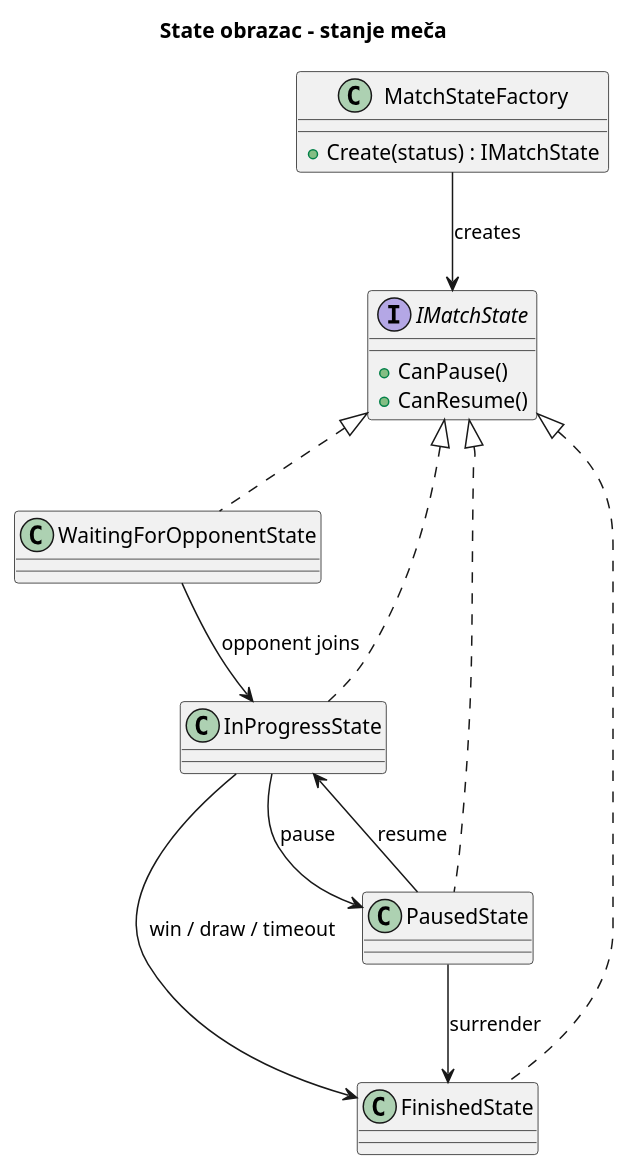
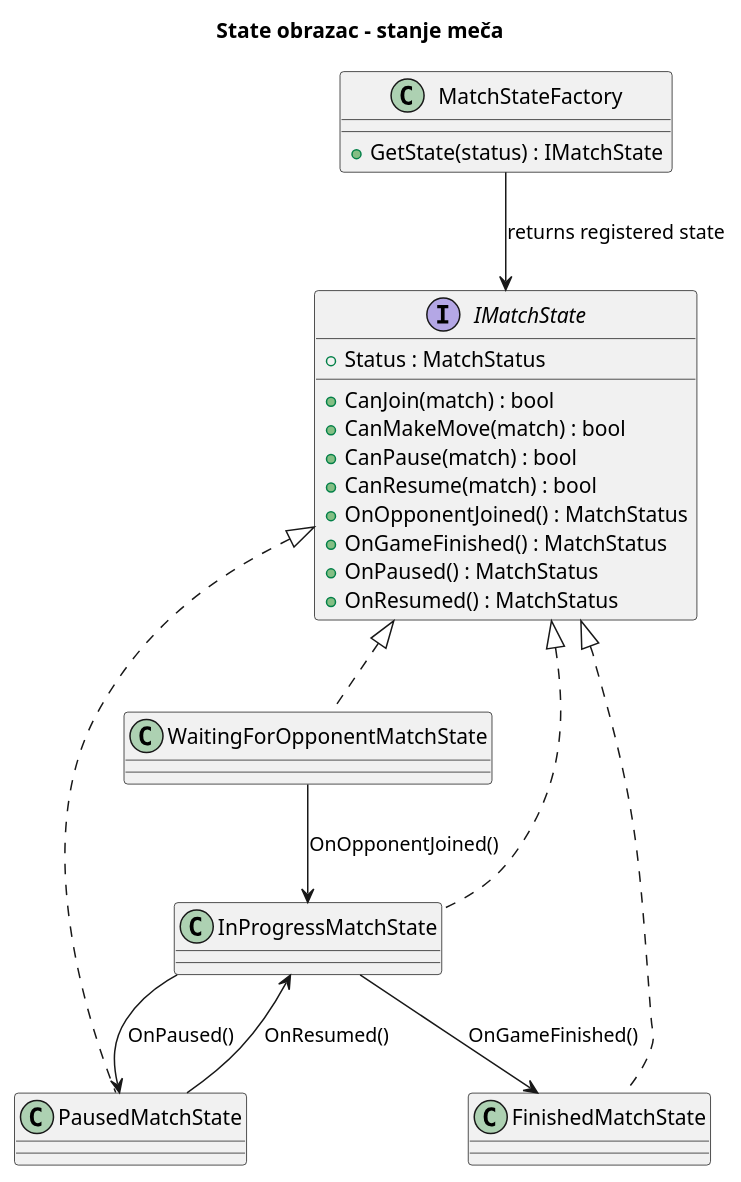
Before and after one commit to VeljkoS01/IksOks: the diagram in docs/uml/state.puml, drawn with PlantUML. The commit also changed 5 other files, not shown here.

```diff
--- a/docs/uml/state.puml
+++ b/docs/uml/state.puml
@@ -1,32 +1,38 @@
 @startuml
 
 title State obrazac - stanje meča
 
 interface IMatchState {
-    + CanPause()
-    + CanResume()
+    + Status : MatchStatus
+    + CanJoin(match) : bool
+    + CanMakeMove(match) : bool
+    + CanPause(match) : bool
+    + CanResume(match) : bool
+    + OnOpponentJoined() : MatchStatus
+    + OnGameFinished() : MatchStatus
+    + OnPaused() : MatchStatus
+    + OnResumed() : MatchStatus
 }
 
-class WaitingForOpponentState
-class InProgressState
-class PausedState
-class FinishedState
+class WaitingForOpponentMatchState
+class InProgressMatchState
+class PausedMatchState
+class FinishedMatchState
 
 class MatchStateFactory {
-    + Create(status) : IMatchState
+    + GetState(status) : IMatchState
 }
 
-IMatchState <|.. WaitingForOpponentState
-IMatchState <|.. InProgressState
-IMatchState <|.. PausedState
-IMatchState <|.. FinishedState
+IMatchState <|.. WaitingForOpponentMatchState
+IMatchState <|.. InProgressMatchState
+IMatchState <|.. PausedMatchState
+IMatchState <|.. FinishedMatchState
 
-MatchStateFactory --> IMatchState : creates
+MatchStateFactory --> IMatchState : returns registered state
 
-WaitingForOpponentState --> InProgressState : opponent joins
-InProgressState --> PausedState : pause
-PausedState --> InProgressState : resume
-InProgressState --> FinishedState : win / draw / timeout
-PausedState --> FinishedState : surrender
+WaitingForOpponentMatchState --> InProgressMatchState : OnOpponentJoined()
+InProgressMatchState --> PausedMatchState : OnPaused()
+PausedMatchState --> InProgressMatchState : OnResumed()
+InProgressMatchState --> FinishedMatchState : OnGameFinished()
 
 @enduml
```
